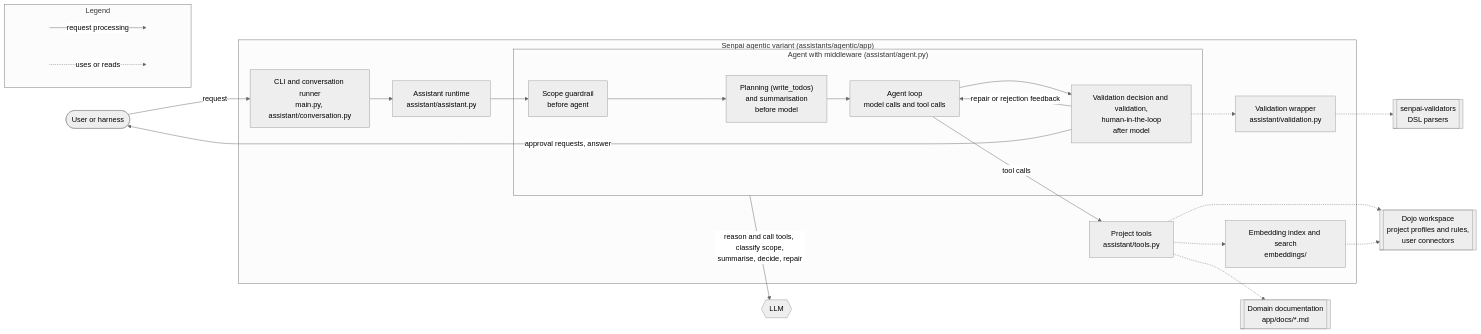
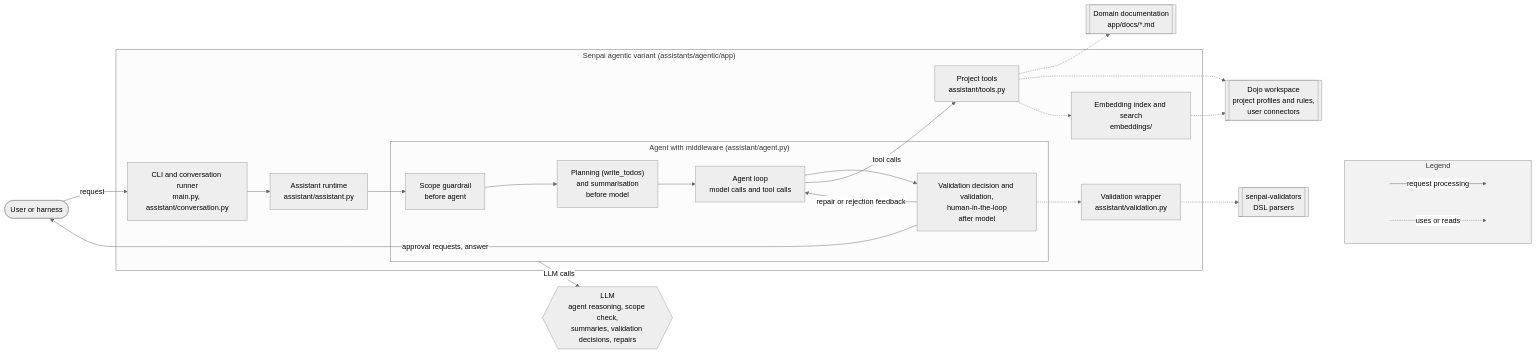
The first of 2 diagrams in docs/architecture/agentic.md (miso-booster/senpai-experiments), drawn with Mermaid (neutral theme) before and after one commit. The commit also changed 2 other files, not shown here.

Commit message:
Move the legends to the bottom right of the component views, in a grey box

````diff
--- a/docs/architecture/agentic.md
+++ b/docs/architecture/agentic.md
@@ -9,39 +9,41 @@
 ```mermaid
 flowchart LR
     user([User or harness])
     subgraph senpai["Senpai agentic variant (assistants/agentic/app)"]
         cli["CLI and conversation runner<br/>main.py, assistant/conversation.py"]
         asst["Assistant runtime<br/>assistant/assistant.py"]
         subgraph agent["Agent with middleware (assistant/agent.py)"]
             guard["Scope guardrail<br/>before agent"]
             pre["Planning (write_todos)<br/>and summarisation<br/>before model"]
             loop["Agent loop<br/>model calls and tool calls"]
             post["Validation decision and validation,<br/>human-in-the-loop<br/>after model"]
             guard --> pre --> loop --> post
             post -->|repair or rejection feedback| loop
         end
         tools["Project tools<br/>assistant/tools.py"]
         emb["Embedding index and search<br/>embeddings/"]
         val["Validation wrapper<br/>assistant/validation.py"]
     end
-    llm{{"LLM"}}
+    llm{{"LLM<br/>agent reasoning, scope check,<br/>summaries, validation decisions, repairs"}}
     docs[["Domain documentation<br/>app/docs/*.md"]]
     ws[["Dojo workspace<br/>project profiles and rules,<br/>user connectors"]]
     pv[["senpai-validators<br/>DSL parsers"]]
 
     user -->|request| cli --> asst --> guard
     loop -->|tool calls| tools
     tools -.-> docs
     tools -.-> ws
     tools -.-> emb -.-> ws
     post -.-> val -.-> pv
-    agent -->|"reason and call tools, classify scope,<br/>summarise, decide, repair"| llm
+    agent -->|LLM calls| llm
     post -->|"approval requests, answer"| user
 
     subgraph legend["Legend"]
         direction LR
         la[" "]:::ghost -->|request processing| lb[" "]:::ghost
         lc[" "]:::ghost -.->|uses or reads| ld[" "]:::ghost
     end
+    pv ~~~ legend
     classDef ghost fill:none,stroke:none
+    style legend fill:#f2f2f2,stroke:#888
 ```
````
